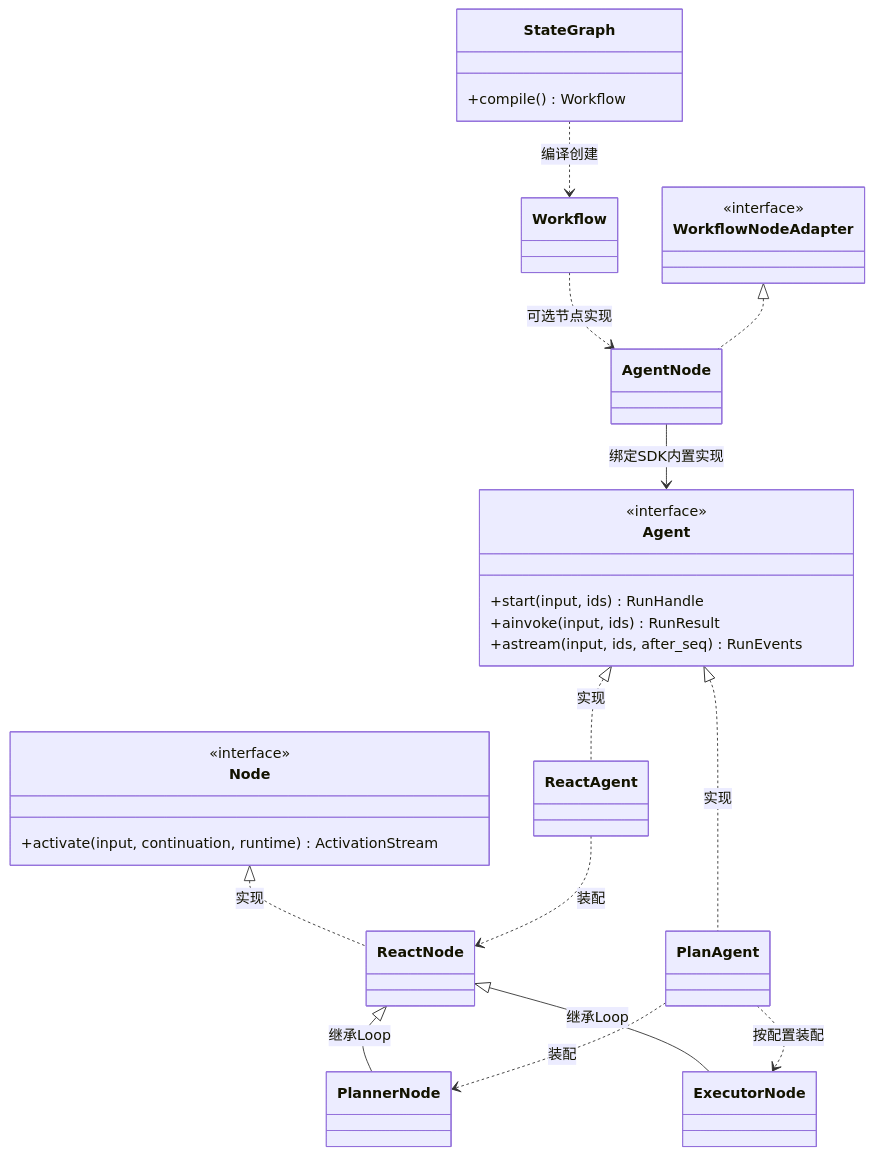
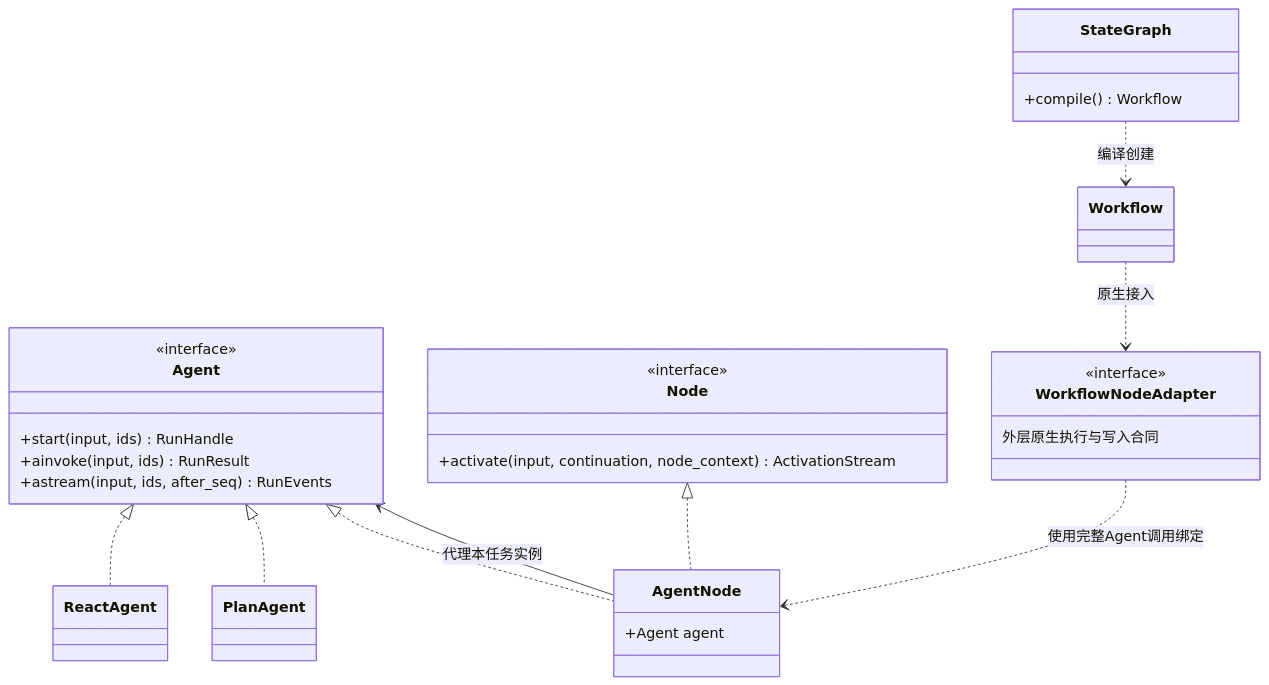
One commit to dujian0068/agent-loom changed the diagram in docs/sdk/public-api.md. Above: the diagram before and after it, drawn with Mermaid. The commit also changed other lines of this file and 15 other files, not shown here.

````diff
--- a/docs/sdk/public-api.md
+++ b/docs/sdk/public-api.md
@@ -51,38 +51,34 @@
 ```mermaid
 classDiagram
     class Agent {
       <<interface>>
       +start(input, ids) RunHandle
       +ainvoke(input, ids) RunResult
       +astream(input, ids, after_seq) RunEvents
     }
     class ReactAgent
     class PlanAgent
     class Workflow
     class StateGraph {
       +compile() Workflow
     }
-    class AgentNode
+    class Node {
+      <<interface>>
+      +activate(input, continuation, node_context) ActivationStream
+    }
+    class AgentNode {
+      +Agent agent
+    }
     class WorkflowNodeAdapter {
       <<interface>>
+      外层原生执行与写入合同
     }
-    class Node {
-      <<interface>>
-      +activate(input, continuation, runtime) ActivationStream
-    }
-    class ReactNode
-    class PlannerNode
-    class ExecutorNode
-    Agent <|.. ReactAgent : 实现
-    Agent <|.. PlanAgent : 实现
+    Agent <|.. ReactAgent
+    Agent <|.. PlanAgent
+    Agent <|.. AgentNode
+    Node <|.. AgentNode
+    AgentNode --> Agent : 代理本任务实例
     StateGraph ..> Workflow : 编译创建
-    Workflow ..> AgentNode : 可选节点实现
-    WorkflowNodeAdapter <|.. AgentNode
-    AgentNode --> Agent : 绑定SDK内置实现
-    Node <|.. ReactNode : 实现
-    ReactNode <|-- PlannerNode : 继承Loop
-    ReactNode <|-- ExecutorNode : 继承Loop
-    ReactAgent ..> ReactNode : 装配
-    PlanAgent ..> PlannerNode : 装配
-    PlanAgent ..> ExecutorNode : 按配置装配
+    Workflow ..> WorkflowNodeAdapter : 原生接入
+    WorkflowNodeAdapter ..> AgentNode : 使用完整Agent调用绑定
 ```
````
